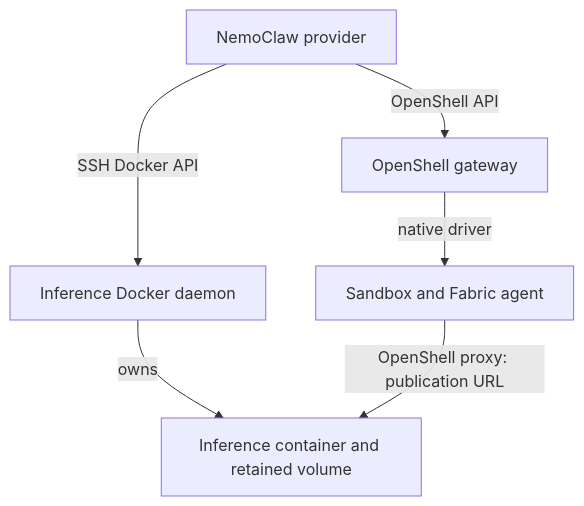
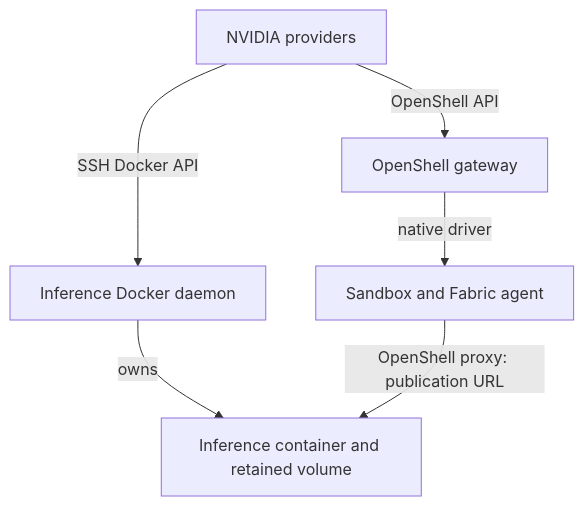
The first of 2 diagrams in docs/design/execution-targets.md (NVIDIA/NemoClaw), drawn with Mermaid before and after one commit. The commit also changed other lines of this file and 32 other files, not shown here.

````diff
--- a/docs/design/execution-targets.md
+++ b/docs/design/execution-targets.md
@@ -28,8 +28,8 @@
 ```mermaid
 flowchart TD
-    Client[NemoClaw provider] -->|SSH Docker API| Engine[Inference Docker daemon]
+    Client[NVIDIA providers] -->|SSH Docker API| Engine[Inference Docker daemon]
     Client -->|OpenShell API| Gateway[OpenShell gateway]
     Gateway -->|native driver| Sandbox[Sandbox and Fabric agent]
     Engine -->|owns| Model[Inference container and retained volume]
     Sandbox -->|OpenShell proxy: publication URL| Model
 ```
````
